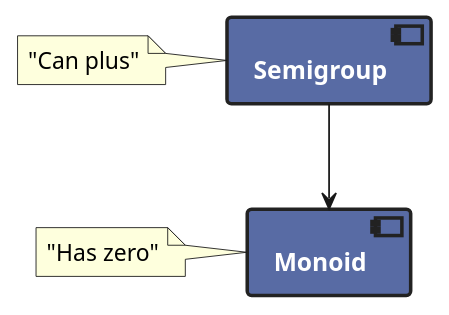
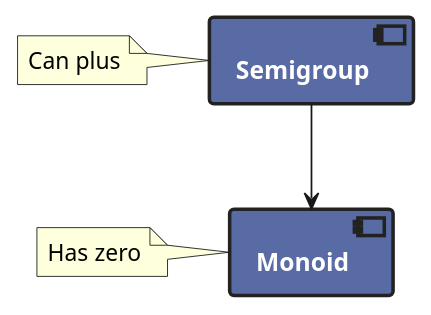
The diagram in slides/diagrams/200-semigroup-with-notes.puml (mcanlas/presentation-slides), drawn with PlantUML before and after one commit. The commit also changed 11 other files, not shown here.

```diff
--- a/slides/diagrams/200-semigroup-with-notes.puml
+++ b/slides/diagrams/200-semigroup-with-notes.puml
@@ -1,20 +1,20 @@
 @startuml
 
 skinparam defaultTextAlignment center
 
 skinparam component {
   fontStyle bold
   fontColor white
   backgroundColor #586ba4
   borderColor #222
   borderThickness 2
 }
 
 component semigroup as "Semigroup"
-note left of semigroup: "Can plus"
+note left of semigroup: Can plus
 
 component monoid as "Monoid"
-note left of monoid: "Has zero"
+note left of monoid: Has zero
 
 semigroup --> monoid
 @enduml
```
